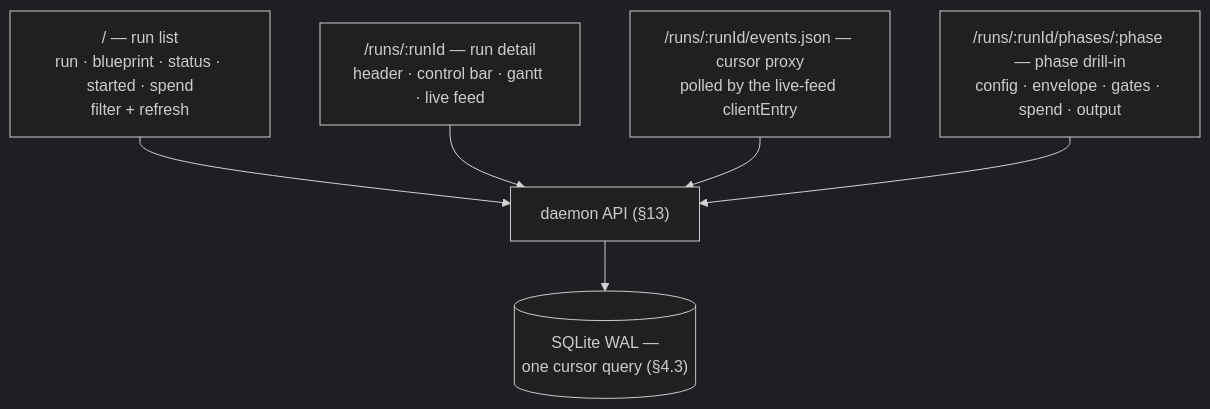
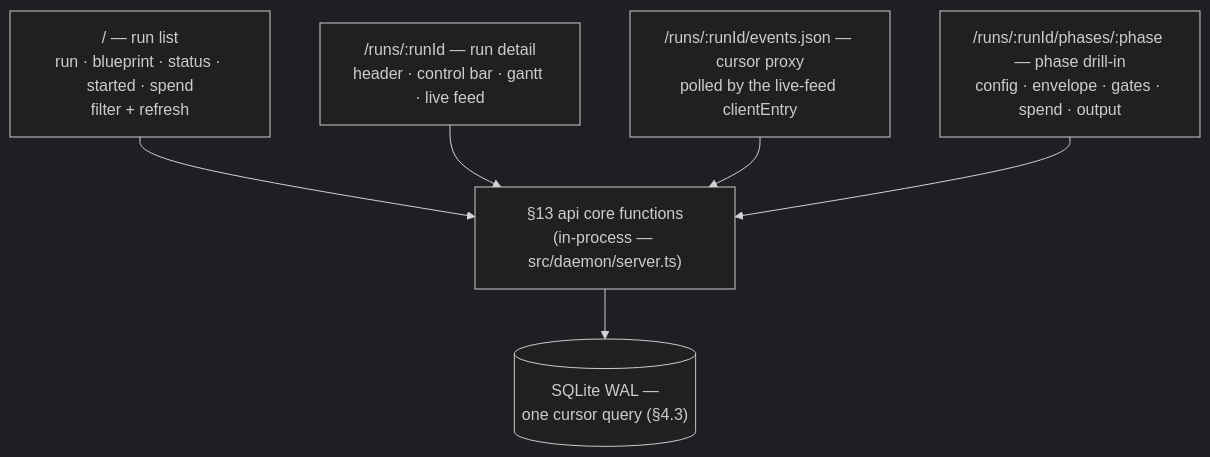
The first of 2 diagrams in docs/spec/05-ui-dashboard.md (trevor-atlas/showrunner), drawn with Mermaid (dark theme) before and after one commit. The commit also changed other lines of this file and 220 other files, not shown here.

````diff
--- a/docs/spec/05-ui-dashboard.md
+++ b/docs/spec/05-ui-dashboard.md
@@ -60,12 +60,12 @@
 ```mermaid
 flowchart TD
     L["/ — run list<br/>run · blueprint · status · started · spend<br/>filter + refresh"]
     D["/runs/:runId — run detail<br/>header · control bar · gantt · live feed"]
     E["/runs/:runId/events.json — cursor proxy<br/>polled by the live-feed clientEntry"]
     P["/runs/:runId/phases/:phase — phase drill-in<br/>config · envelope · gates · spend · output"]
-    L --> DA["daemon API (§13)"]
-    D --> DA
-    E --> DA
-    P --> DA
-    DA --> DB[("SQLite WAL —<br/>one cursor query (§4.3)")]
+    L --> C["§13 api core functions<br/>(in-process — src/daemon/server.ts)"]
+    D --> C
+    E --> C
+    P --> C
+    C --> DB[("SQLite WAL —<br/>one cursor query (§4.3)")]
 ```
````
